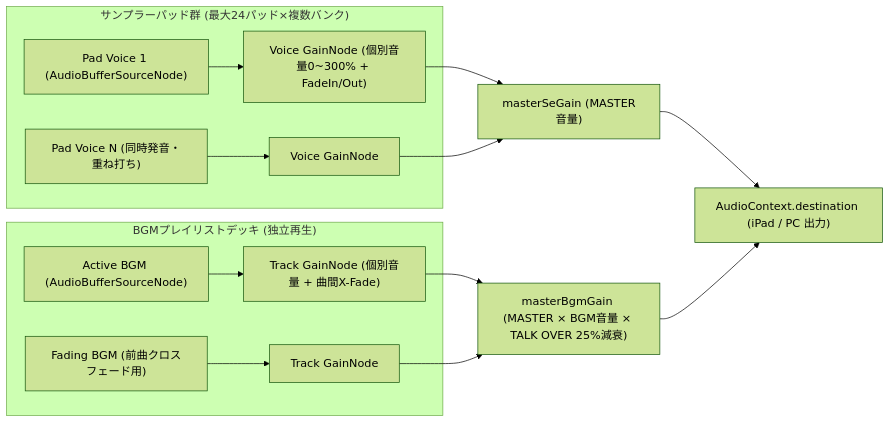
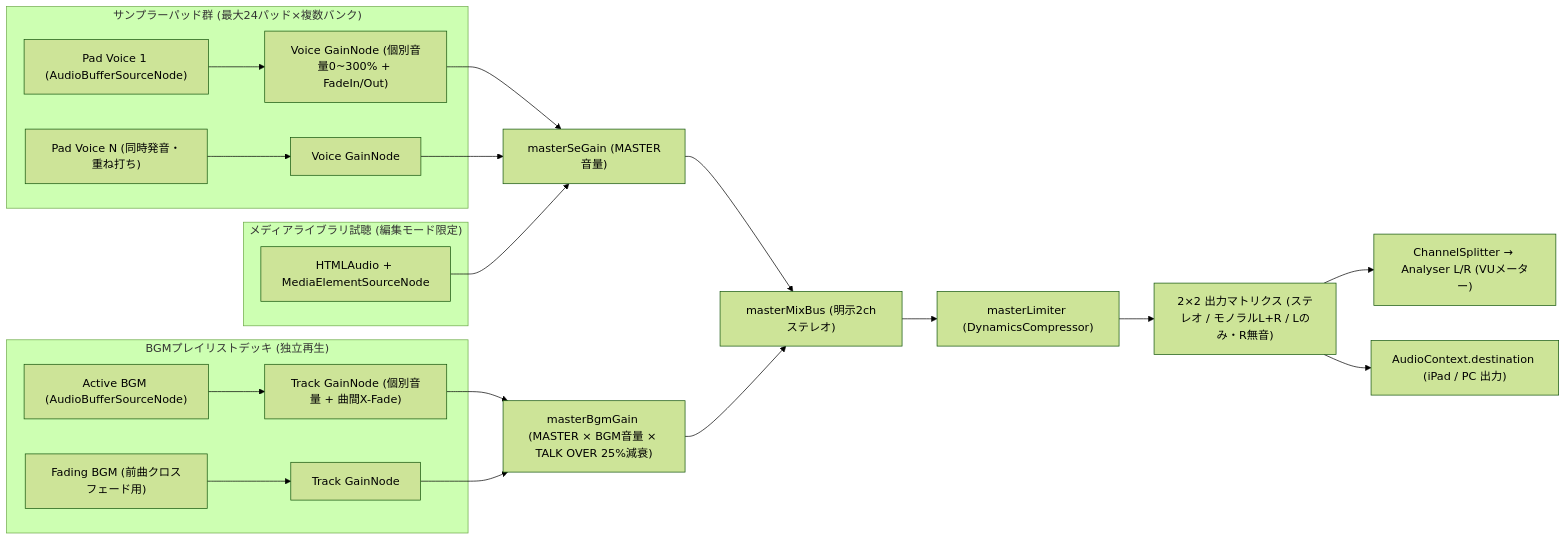
One commit to takeokk/hikarung-pro changed the diagram in README.md. Above: the diagram before and after it, drawn with Mermaid (forest theme). The commit also changed other lines of this file and 8 other files, not shown here.

Commit message:
v4.0.0: Clean modular architecture, HikarungProDB 5-store OOM-free storage, Web Audio library preview, and full audit fixes

````diff
--- a/README.md
+++ b/README.md
@@ -44,20 +48,29 @@
 ```mermaid
 flowchart LR
   subgraph Pads["サンプラーパッド群 (最大24パッド×複数バンク)"]
     P1["Pad Voice 1 (AudioBufferSourceNode)"] --> PG1["Voice GainNode (個別音量0~300% + FadeIn/Out)"]
     P2["Pad Voice N (同時発音・重ね打ち)"] --> PG2["Voice GainNode"]
+  end
+
+  subgraph LibPrev["メディアライブラリ試聴 (編集モード限定)"]
+    LP["HTMLAudio + MediaElementSourceNode"]
   end
 
   subgraph BGM["BGMプレイリストデッキ (独立再生)"]
     B1["Active BGM (AudioBufferSourceNode)"] --> BG1["Track GainNode (個別音量 + 曲間X-Fade)"]
     B2["Fading BGM (前曲クロスフェード用)"] --> BG2["Track GainNode"]
   end
 
   PG1 --> MSE["masterSeGain (MASTER音量)"]
   PG2 --> MSE
+  LP --> MSE
   BG1 --> MBGM["masterBgmGain (MASTER × BGM音量 × TALK OVER 25%減衰)"]
   BG2 --> MBGM
 
-  MSE --> DEST["AudioContext.destination (iPad / PC 出力)"]
-  MBGM --> DEST
+  MSE --> BUS["masterMixBus (明示2chステレオ)"]
+  MBGM --> BUS
+  BUS --> LIM["masterLimiter (DynamicsCompressor)"]
+  LIM --> MAT["2×2 出力マトリクス (ステレオ / モノラルL+R / Lのみ・R無音)"]
+  MAT --> VU["ChannelSplitter → Analyser L/R (VUメーター)"]
+  MAT --> DEST["AudioContext.destination (iPad / PC 出力)"]
 ```
````
